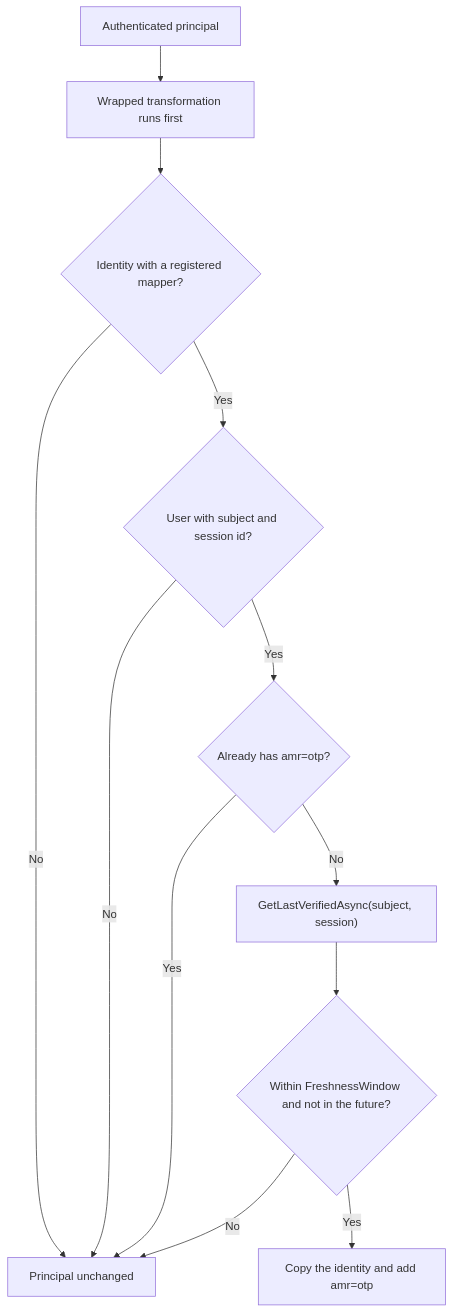
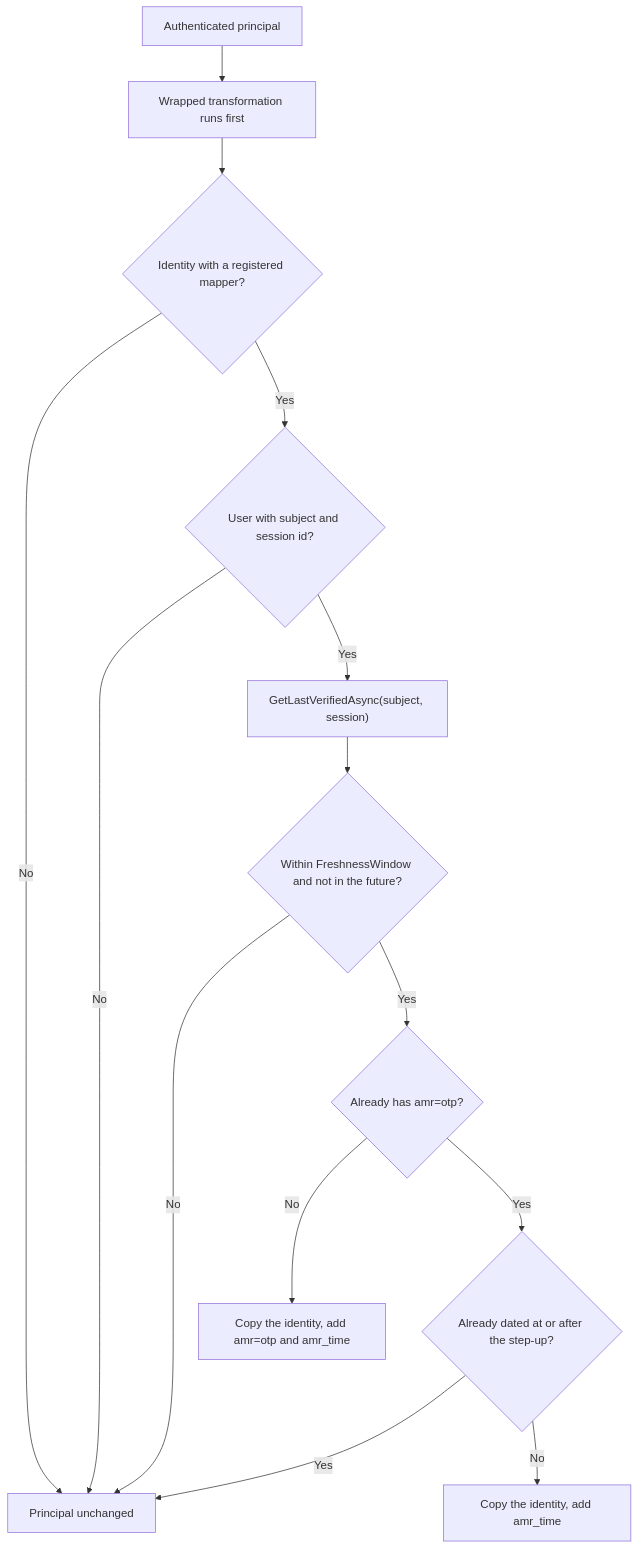
One commit to Gresta-Vertex-Labs/platform-shared-kernel changed the third of 4 diagrams in 12.Security/SharedKernel.Security.Totp/README.md. Above: the diagram before and after it, drawn with Mermaid. The commit also changed other lines of this file and 39 other files, not shown here.

````diff
--- a/12.Security/SharedKernel.Security.Totp/README.md
+++ b/12.Security/SharedKernel.Security.Totp/README.md
@@ -241,14 +237,16 @@
 ```mermaid
 flowchart TD
     A["Authenticated principal"] --> I["Wrapped transformation runs first"]
     I --> B{"Identity with a registered mapper?"}
     B -->|No| Z["Principal unchanged"]
     B -->|Yes| C{"User with subject and session id?"}
     C -->|No| Z
-    C -->|Yes| D{"Already has amr=otp?"}
-    D -->|Yes| Z
-    D -->|No| E["GetLastVerifiedAsync(subject, session)"]
+    C -->|Yes| E["GetLastVerifiedAsync(subject, session)"]
     E --> F{"Within FreshnessWindow and not in the future?"}
     F -->|No| Z
-    F -->|Yes| G["Copy the identity and add amr=otp"]
+    F -->|Yes| D{"Already has amr=otp?"}
+    D -->|No| G["Copy the identity, add amr=otp and amr_time"]
+    D -->|Yes| H{"Already dated at or after the step-up?"}
+    H -->|Yes| Z
+    H -->|No| K["Copy the identity, add amr_time"]
 ```
````
